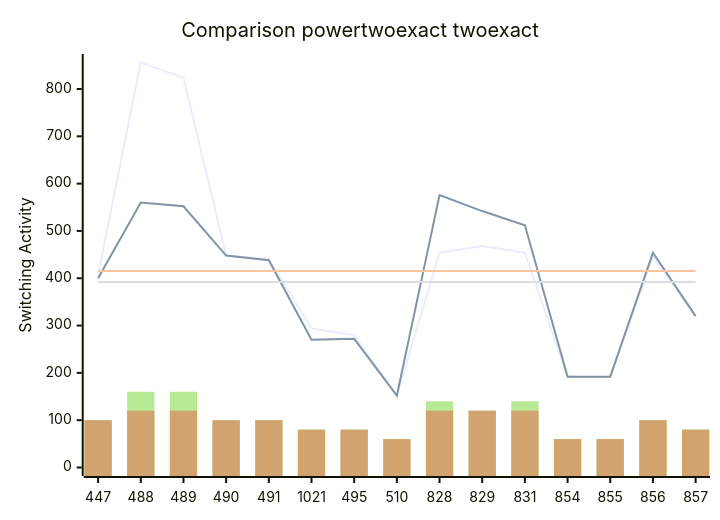
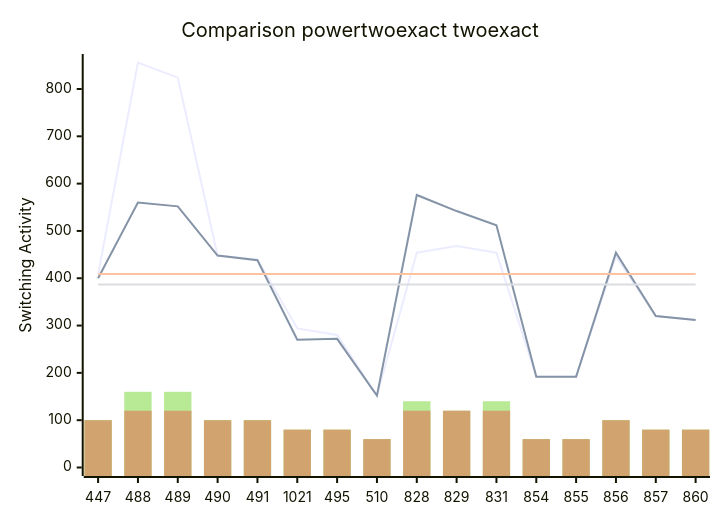
Before and after one commit to FeldmeierMichael/Exact-Power-Synthesis: the diagram in benchmark_opt2.md, drawn with Mermaid. The commit also changed other lines of this file, not shown here.

````diff
--- a/benchmark_opt2.md
+++ b/benchmark_opt2.md
@@ -31,12 +33,12 @@
 ```mermaid
 xychart-beta
     title "Comparison powertwoexact twoexact"
-    x-axis [447, 488, 489, 490, 491, 1021, 495, 510, 828, 829, 831, 854, 855, 856, 857]
+    x-axis [447, 488, 489, 490, 491, 1021, 495, 510, 828, 829, 831, 854, 855, 856, 857, 860]
     y-axis "Switching Activity" 0-->856
-    line [408, 856, 824, 448, 440, 294, 280, 152, 454, 468, 454, 192, 192, 446, 320]
-    line [400, 560, 552, 448, 438, 270, 272, 152, 576, 542, 512, 192, 192, 454, 320]
-    line [415.2, 415.2, 415.2, 415.2, 415.2, 415.2, 415.2, 415.2, 415.2, 415.2, 415.2, 415.2, 415.2, 415.2, 415.2]
-    line [392.0, 392.0, 392.0, 392.0, 392.0, 392.0, 392.0, 392.0, 392.0, 392.0, 392.0, 392.0, 392.0, 392.0, 392.0]
-    bar [100, 160, 160, 100, 100, 80, 80, 60, 140, 120, 140, 60, 60, 100, 80]
-    bar [100, 120, 120, 100, 100, 80, 80, 60, 120, 120, 120, 60, 60, 100, 80]
+    line [408, 856, 824, 448, 440, 294, 280, 152, 454, 468, 454, 192, 192, 446, 320, 312]
+    line [400, 560, 552, 448, 438, 270, 272, 152, 576, 542, 512, 192, 192, 454, 320, 312]
+    line [408.75, 408.75, 408.75, 408.75, 408.75, 408.75, 408.75, 408.75, 408.75, 408.75, 408.75, 408.75, 408.75, 408.75, 408.75, 408.75]
+    line [387.0, 387.0, 387.0, 387.0, 387.0, 387.0, 387.0, 387.0, 387.0, 387.0, 387.0, 387.0, 387.0, 387.0, 387.0, 387.0]
+    bar [100, 160, 160, 100, 100, 80, 80, 60, 140, 120, 140, 60, 60, 100, 80, 80]
+    bar [100, 120, 120, 100, 100, 80, 80, 60, 120, 120, 120, 60, 60, 100, 80, 80]
 ```
````
